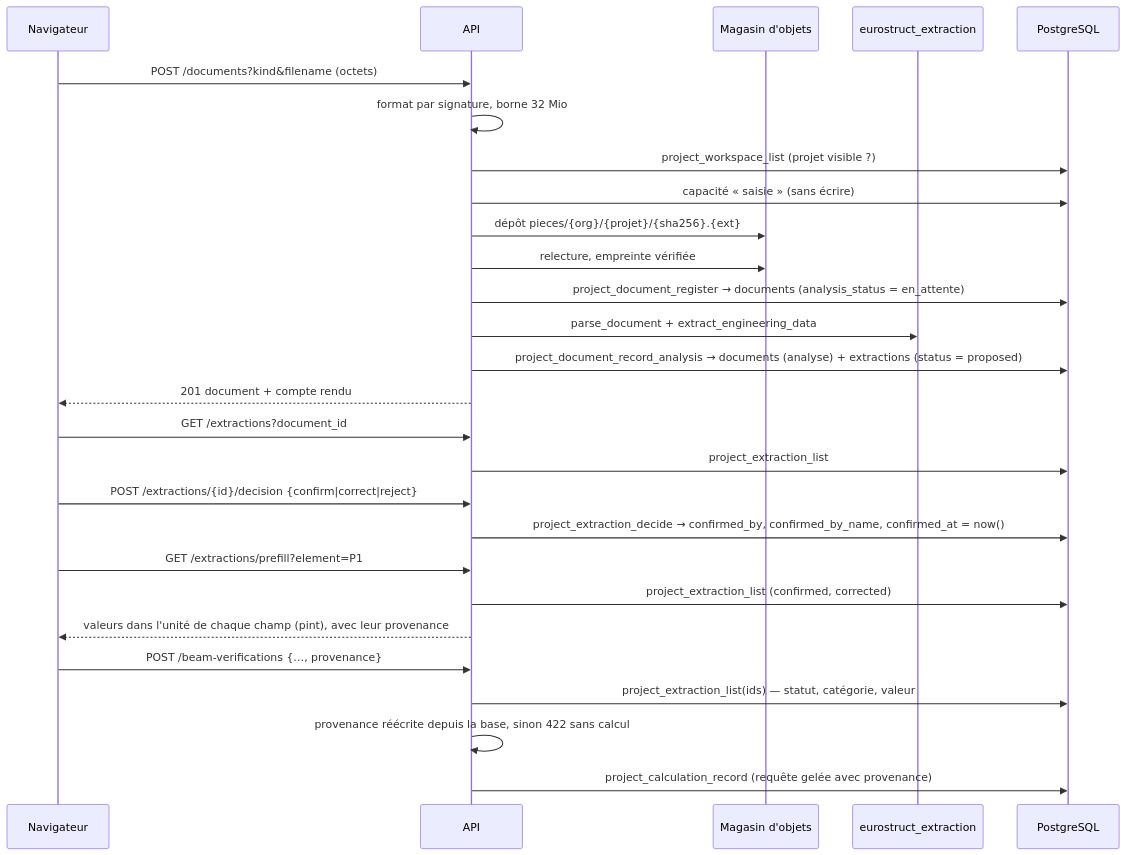
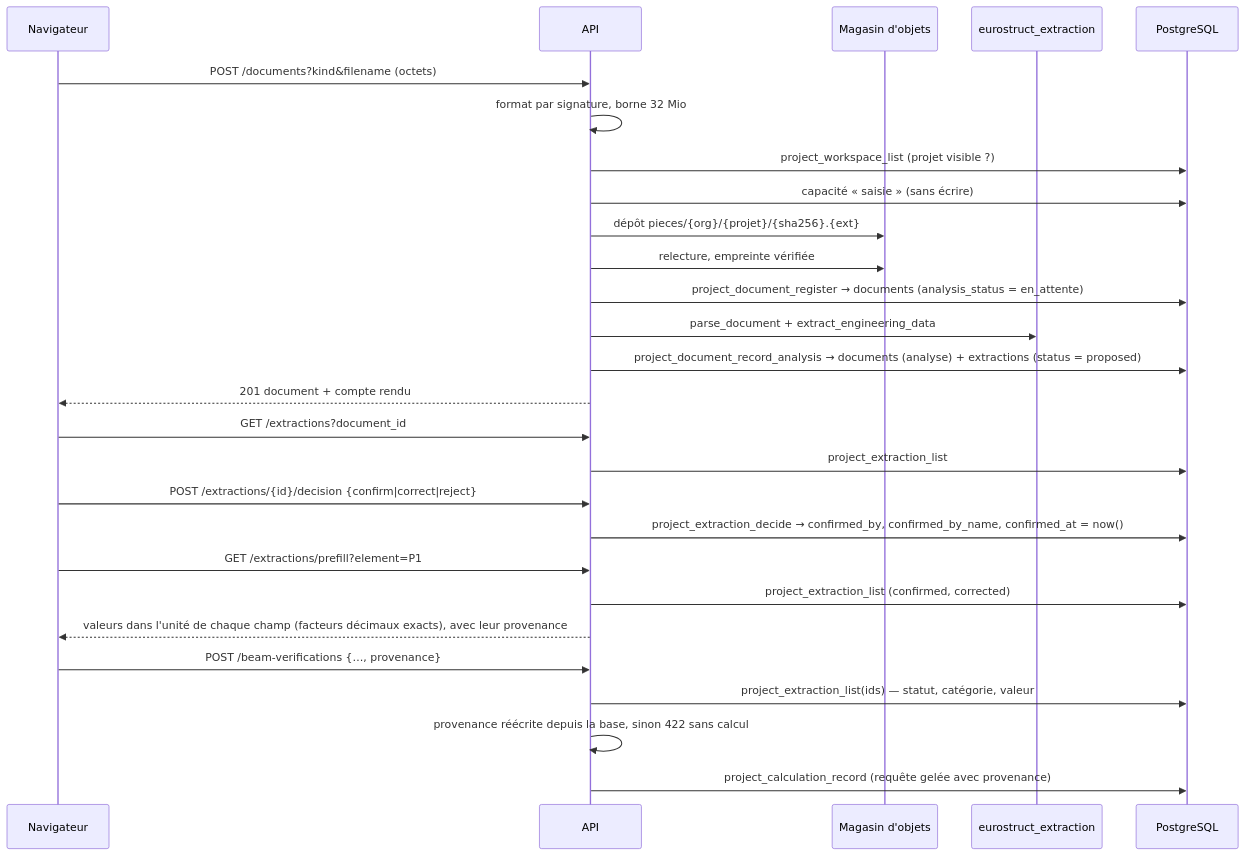
The diagram in eurostruct/docs/LECTURE_DES_PLANS.md (Hermesprojet/Bapica-Code), drawn with Mermaid before and after one commit. The commit also changed other lines of this file and 2 other files, not shown here.

````diff
--- a/eurostruct/docs/LECTURE_DES_PLANS.md
+++ b/eurostruct/docs/LECTURE_DES_PLANS.md
@@ -195,30 +195,30 @@
 ```mermaid
 sequenceDiagram
   participant N as Navigateur
   participant A as API
   participant M as Magasin d'objets
   participant X as eurostruct_extraction
   participant P as PostgreSQL
 
   N->>A: POST /documents?kind&filename (octets)
   A->>A: format par signature, borne 32 Mio
   A->>P: project_workspace_list (projet visible ?)
   A->>P: capacité « saisie » (sans écrire)
   A->>M: dépôt pieces/{org}/{projet}/{sha256}.{ext}
   A->>M: relecture, empreinte vérifiée
   A->>P: project_document_register → documents (analysis_status = en_attente)
   A->>X: parse_document + extract_engineering_data
   A->>P: project_document_record_analysis → documents (analyse) + extractions (status = proposed)
   A-->>N: 201 document + compte rendu
   N->>A: GET /extractions?document_id
   A->>P: project_extraction_list
   N->>A: POST /extractions/{id}/decision {confirm|correct|reject}
   A->>P: project_extraction_decide → confirmed_by, confirmed_by_name, confirmed_at = now()
   N->>A: GET /extractions/prefill?element=P1
   A->>P: project_extraction_list (confirmed, corrected)
-  A-->>N: valeurs dans l'unité de chaque champ (pint), avec leur provenance
+  A-->>N: valeurs dans l'unité de chaque champ (facteurs décimaux exacts), avec leur provenance
   N->>A: POST /beam-verifications {…, provenance}
   A->>P: project_extraction_list(ids) — statut, catégorie, valeur
   A->>A: provenance réécrite depuis la base, sinon 422 sans calcul
   A->>P: project_calculation_record (requête gelée avec provenance)
 ```
````
